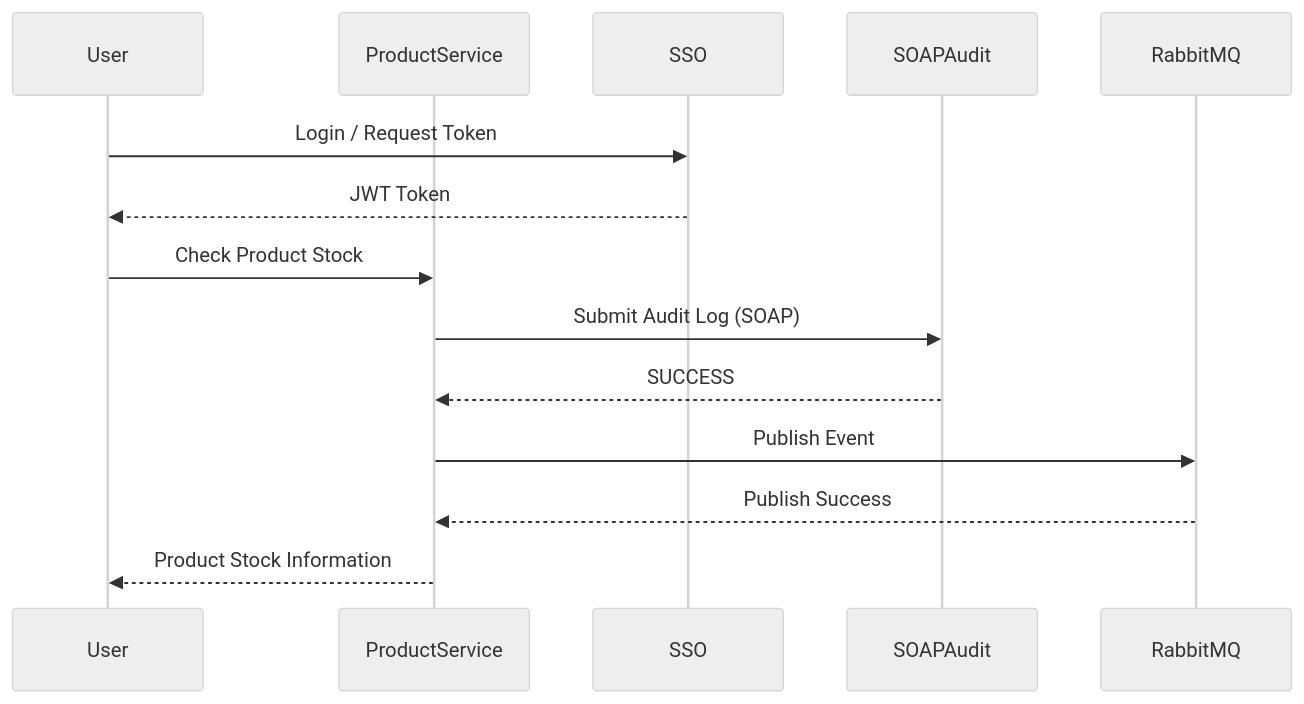
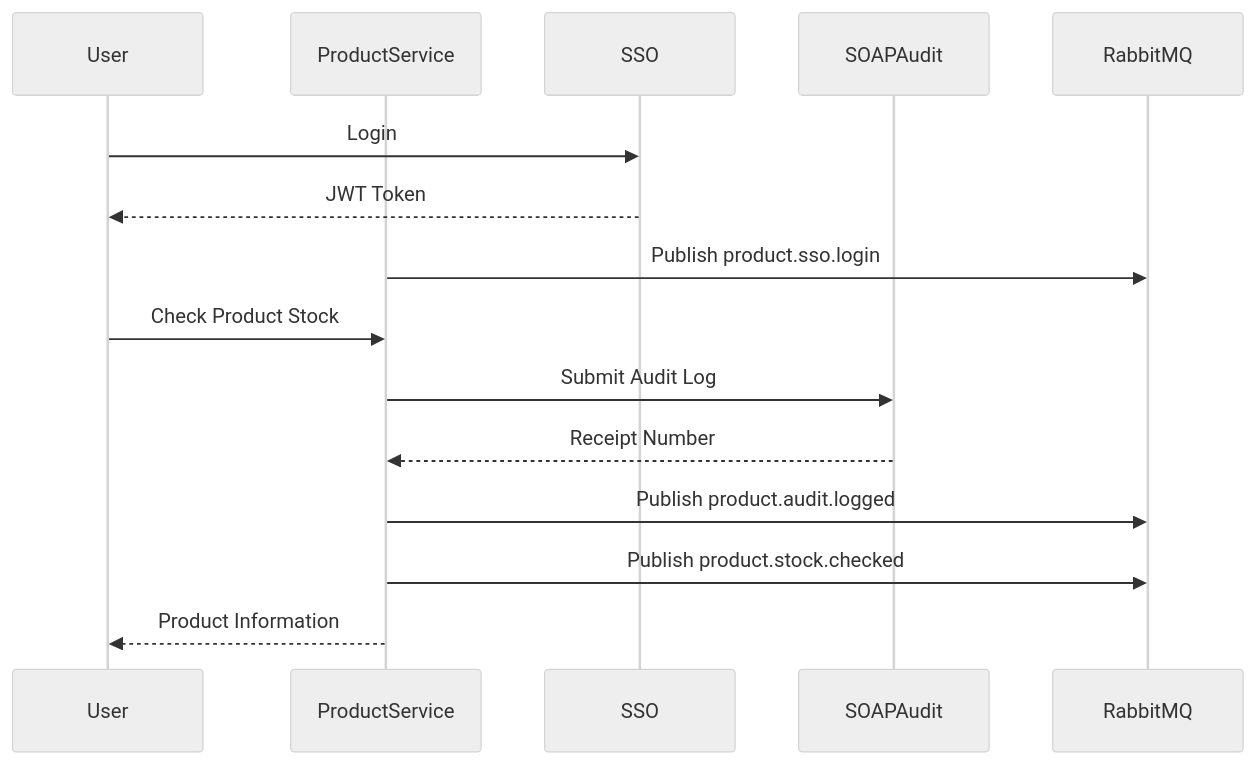
Before and after one commit to IAE-2026-48-08/102022400271_produk-dan-stock-service: the diagram in analisis_tugas_3.md, drawn with Mermaid (neutral theme). The commit also changed other lines of this file, not shown here.

````diff
--- a/analisis_tugas_3.md
+++ b/analisis_tugas_3.md
@@ -123,22 +143,25 @@
 ```mermaid
 sequenceDiagram
 
 participant User
 participant ProductService
 participant SSO
 participant SOAPAudit
 participant RabbitMQ
 
-User->>SSO: Login / Request Token
+User->>SSO: Login
 SSO-->>User: JWT Token
+
+ProductService->>RabbitMQ: Publish product.sso.login
 
 User->>ProductService: Check Product Stock
 
-ProductService->>SOAPAudit: Submit Audit Log (SOAP)
-SOAPAudit-->>ProductService: SUCCESS
+ProductService->>SOAPAudit: Submit Audit Log
+SOAPAudit-->>ProductService: Receipt Number
 
-ProductService->>RabbitMQ: Publish Event
-RabbitMQ-->>ProductService: Publish Success
+ProductService->>RabbitMQ: Publish product.audit.logged
 
-ProductService-->>User: Product Stock Information
+ProductService->>RabbitMQ: Publish product.stock.checked
+
+ProductService-->>User: Product Information
 ```
````
